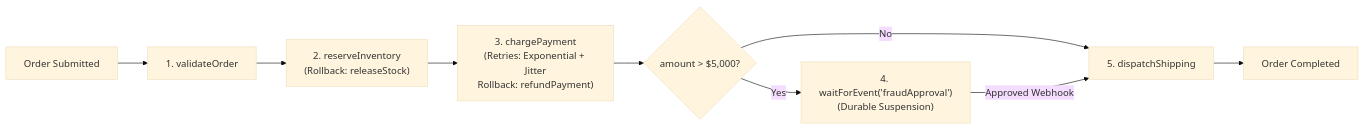
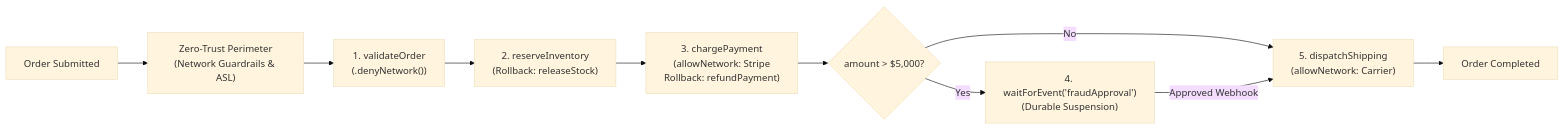
One commit to jsoftgem/siglo changed the diagram in docs/agent-skills.md. Above: the diagram before and after it, drawn with Mermaid (base theme). The commit also changed other lines of this file and 13 other files, not shown here.

````diff
--- a/docs/agent-skills.md
+++ b/docs/agent-skills.md
@@ -71,11 +73,13 @@
 ```mermaid
 flowchart LR
-    Start["Order Submitted"] --> Validate["1. validateOrder"]
+    Start["Order Submitted"] --> Perimeter["Zero-Trust Perimeter<br/>(Network Guardrails & ASL)"]
+    Perimeter --> Validate["1. validateOrder<br/>(.denyNetwork())"]
     Validate --> Reserve["2. reserveInventory<br/>(Rollback: releaseStock)"]
-    Reserve --> Charge["3. chargePayment<br/>(Retries: Exponential + Jitter<br/>Rollback: refundPayment)"]
-    Charge --> Check{"amount > $5,000?"}
+    Reserve --> Charge["3. chargePayment<br/>(allowNetwork: Stripe<br/>Rollback: refundPayment)"]
+    Check{"amount > $5,000?"}
+    Charge --> Check
     Check -->|Yes| Suspend["4. waitForEvent('fraudApproval')<br/>(Durable Suspension)"]
-    Check -->|No| Ship["5. dispatchShipping"]
+    Check -->|No| Ship["5. dispatchShipping<br/>(allowNetwork: Carrier)"]
     Suspend -->|Approved Webhook| Ship
     Ship --> Done["Order Completed"]
 ```
````
